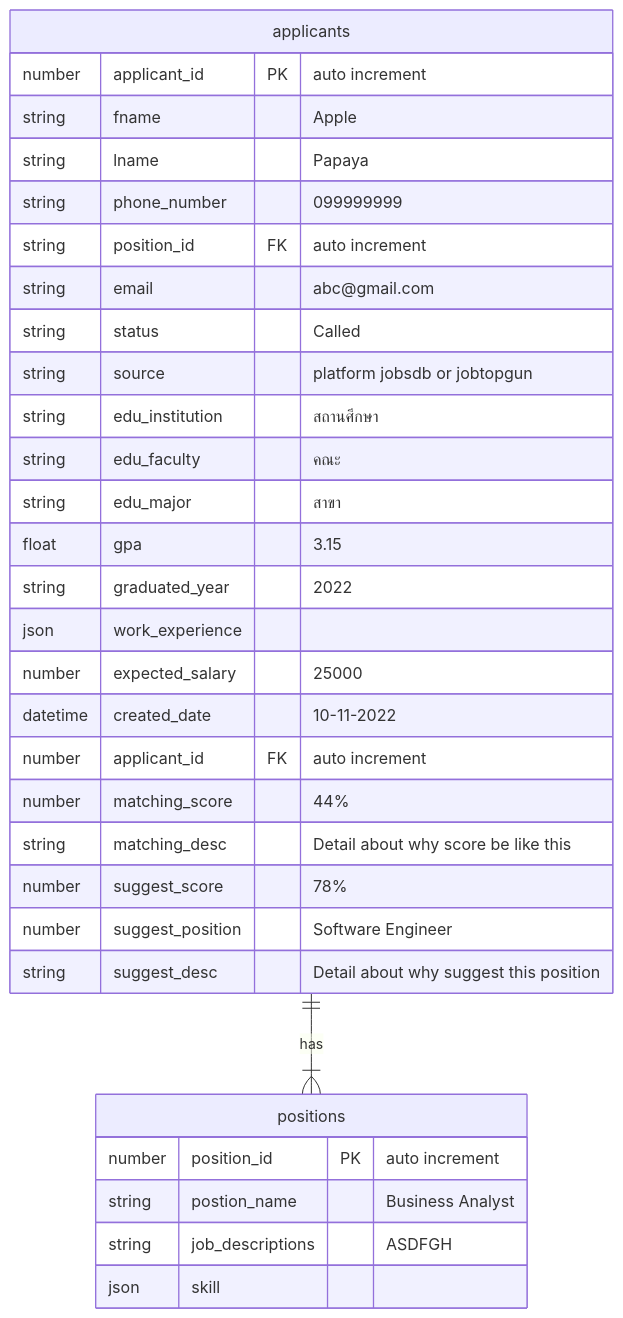
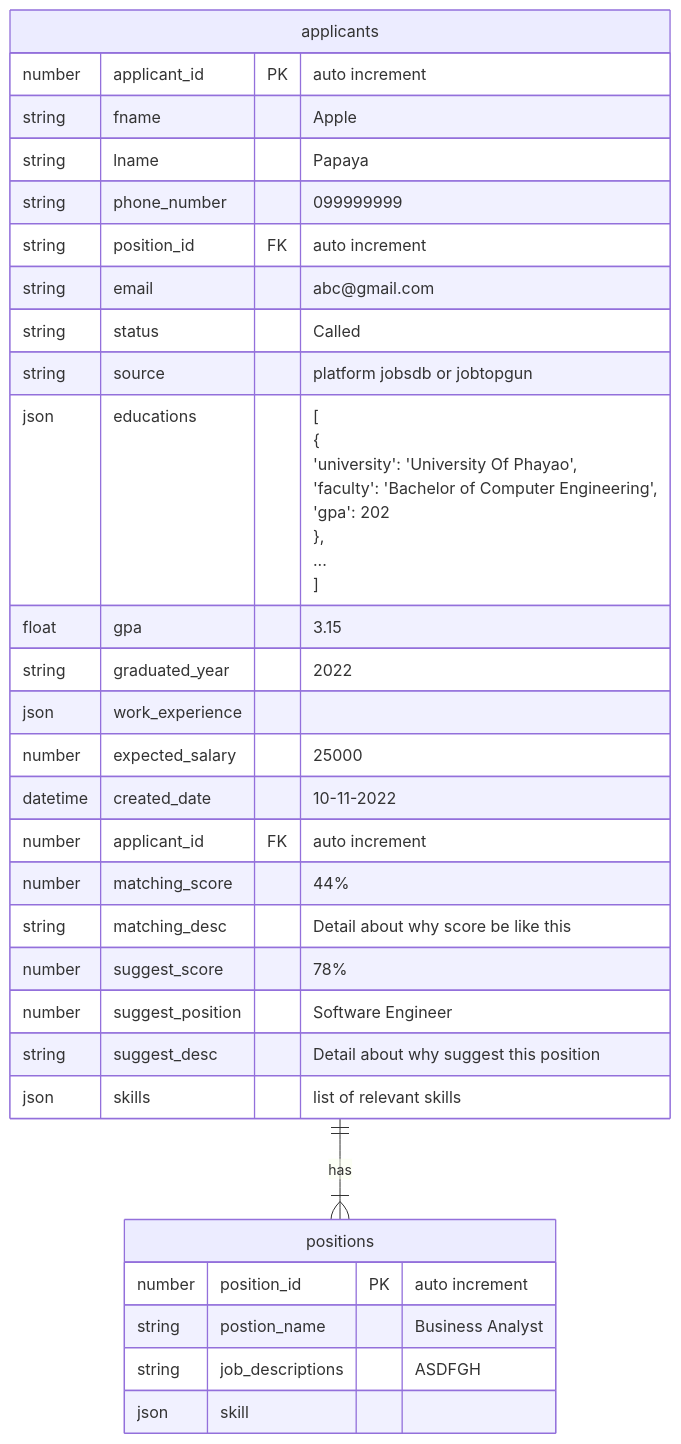
Before and after one commit to Thanapheem/diagram: the diagram in er.md, drawn with Mermaid.

Commit message:
update after meet hr

````diff
--- a/er.md
+++ b/er.md
@@ -1,35 +1,42 @@
 ```mermaid
 erDiagram
 applicants ||--|{positions: has
 applicants {
 number applicant_id PK "auto increment"
 string fname   "Apple"
 string lname   "Papaya"
 string phone_number "099999999"
 string position_id FK"auto increment"
 string email "abc@gmail.com"
 string status "Called"
 string source "platform jobsdb or jobtopgun"
-string edu_institution "สถานศึกษา"
-string edu_faculty "คณะ"
-string edu_major "สาขา"
+json educations "[
+  {
+    'university': 'University Of Phayao',
+    'faculty': 'Bachelor of Computer Engineering',
+    'gpa': 202
+  },
+  ...
+]"
 float gpa "3.15"
 string graduated_year "2022"
 json work_experience ""
 number expected_salary "25000"
 datetime created_date  "10-11-2022"
 number applicant_id FK "auto increment"
 number matching_score "44%"
 string matching_desc "Detail about why score be like this"
 number suggest_score "78%"
 number suggest_position "Software Engineer"
 string suggest_desc "Detail about why suggest this position"
+json skills "list of relevant skills"
 }
 positions {
 number position_id PK "auto increment"
 string postion_name "Business Analyst"
 string job_descriptions "ASDFGH"
 json skill ""
 }
 
+
 ```
````
